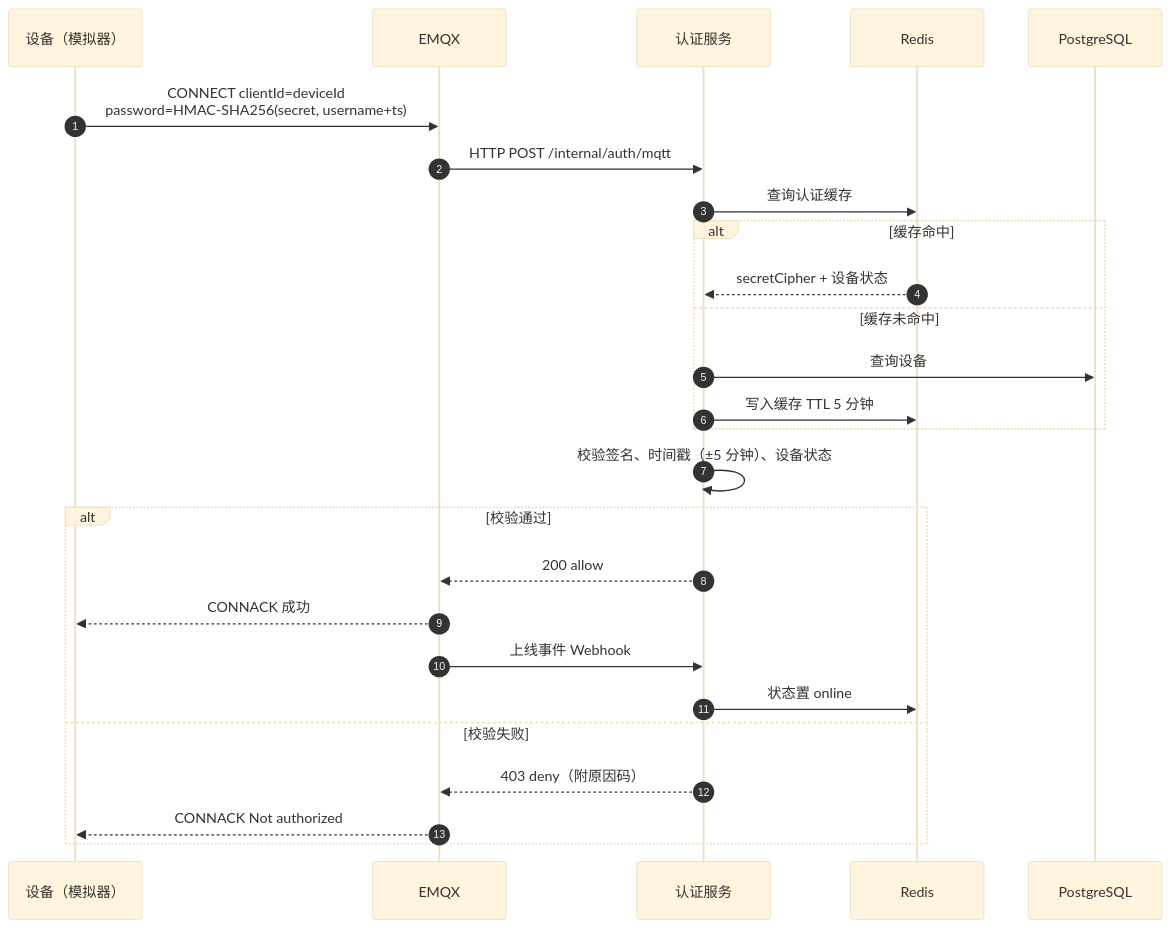
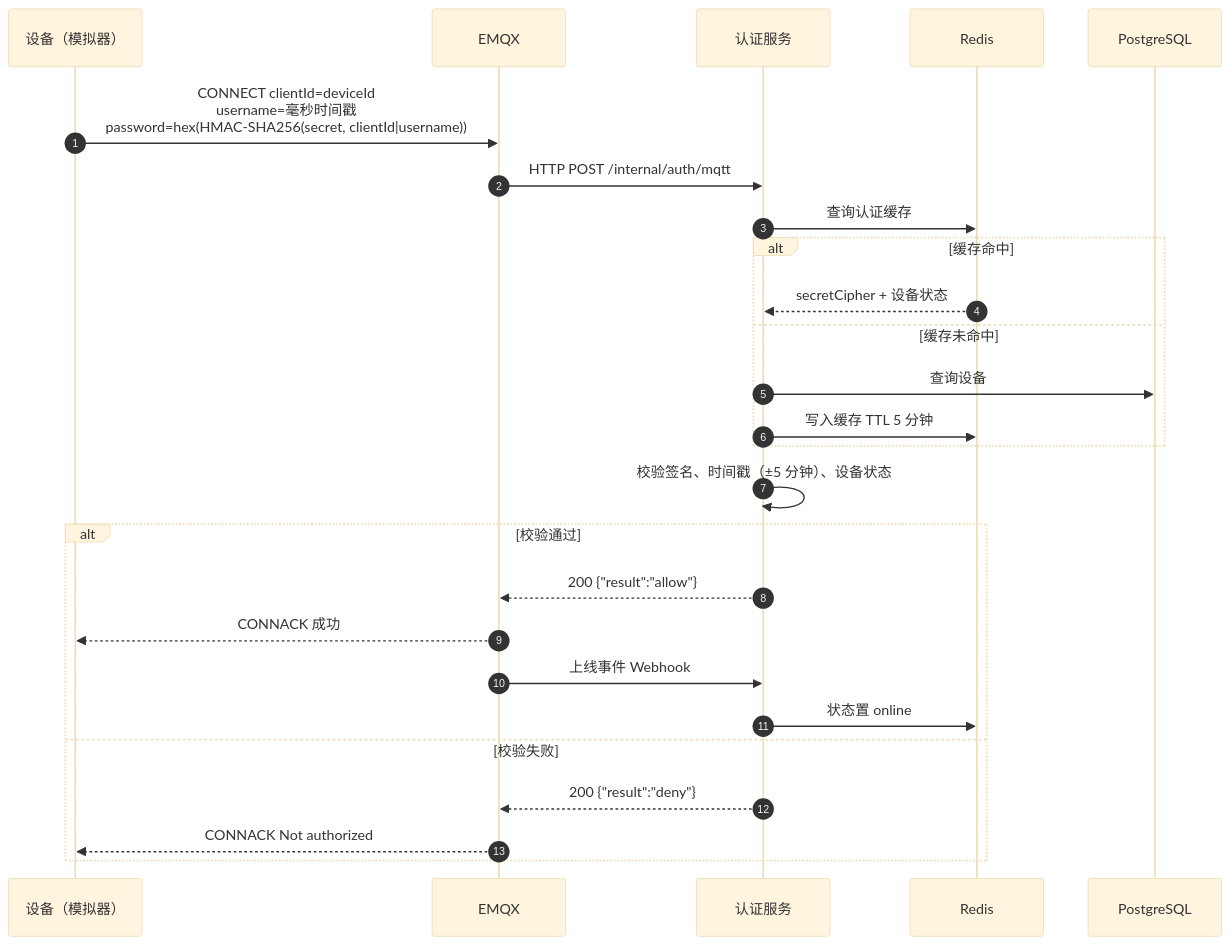
One commit to wuzhudexiaopacai/coherer changed the fourth of 15 diagrams in docs/design.md. Above: the diagram before and after it, drawn with Mermaid (base theme). The commit also changed other lines of this file and 21 other files, not shown here.

````diff
--- a/docs/design.md
+++ b/docs/design.md
@@ -136,32 +136,32 @@
 ```mermaid
 sequenceDiagram
     autonumber
     participant D as 设备（模拟器）
     participant EMQX as EMQX
     participant AUTH as 认证服务
     participant R as Redis
     participant DB as PostgreSQL
 
-    D->>EMQX: CONNECT clientId=deviceId<br/>password=HMAC-SHA256(secret, username+ts)
+    D->>EMQX: CONNECT clientId=deviceId<br/>username=毫秒时间戳<br/>password=hex(HMAC-SHA256(secret, clientId|username))
     EMQX->>AUTH: HTTP POST /internal/auth/mqtt
     AUTH->>R: 查询认证缓存
 
     alt 缓存命中
         R-->>AUTH: secretCipher + 设备状态
     else 缓存未命中
         AUTH->>DB: 查询设备
         AUTH->>R: 写入缓存 TTL 5 分钟
     end
 
     AUTH->>AUTH: 校验签名、时间戳（±5 分钟）、设备状态
 
     alt 校验通过
-        AUTH-->>EMQX: 200 allow
+        AUTH-->>EMQX: 200 {"result":"allow"}
         EMQX-->>D: CONNACK 成功
         EMQX->>AUTH: 上线事件 Webhook
         AUTH->>R: 状态置 online
     else 校验失败
-        AUTH-->>EMQX: 403 deny（附原因码）
+        AUTH-->>EMQX: 200 {"result":"deny"}
         EMQX-->>D: CONNACK Not authorized
     end
 ```
````
